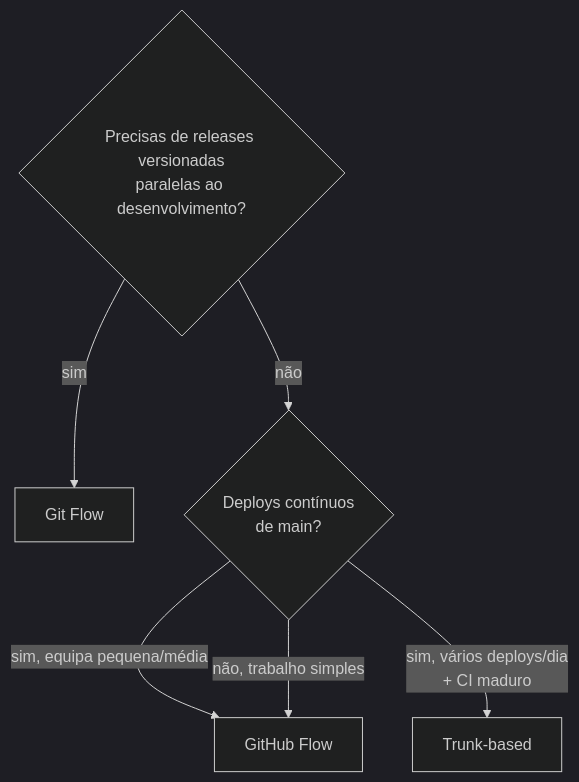
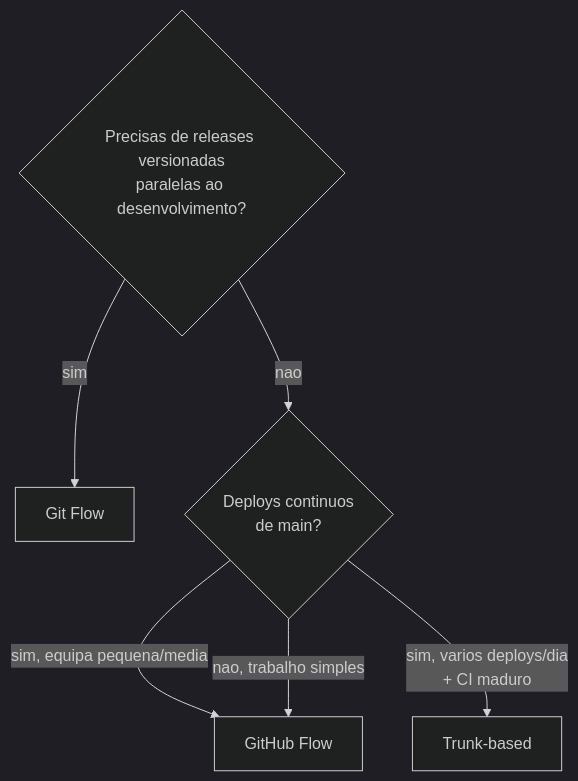
One commit to BerniloBernardo-boot/Git-e-GitHub changed the second of 2 diagrams in 08-Workflows-Profissionais/01-git-flow-github-flow-trunk-based.md. Above: the diagram before and after it, drawn with Mermaid (dark theme). The commit also changed other lines of this file and 27 other files, not shown here.

````diff
--- a/08-Workflows-Profissionais/01-git-flow-github-flow-trunk-based.md
+++ b/08-Workflows-Profissionais/01-git-flow-github-flow-trunk-based.md
@@ -57,8 +68,8 @@
 ```mermaid
 flowchart TD
-    Q1{Precisas de releases versionadas\nparalelas ao desenvolvimento?} -->|sim| GF[Git Flow]
-    Q1 -->|não| Q2{Deploys contínuos\nde main?}
-    Q2 -->|sim, equipa pequena/média| GHF[GitHub Flow]
-    Q2 -->|sim, vários deploys/dia\n+ CI maduro| TBD[Trunk-based]
-    Q2 -->|não, trabalho simples| GHF
+    Q1{"Precisas de releases versionadas\nparalelas ao desenvolvimento?"} -->|sim| GF["Git Flow"]
+    Q1 -->|nao| Q2{"Deploys continuos\nde main?"}
+    Q2 -->|sim, equipa pequena/media| GHF["GitHub Flow"]
+    Q2 -->|sim, varios deploys/dia\n+ CI maduro| TBD["Trunk-based"]
+    Q2 -->|nao, trabalho simples| GHF
 ```
````
